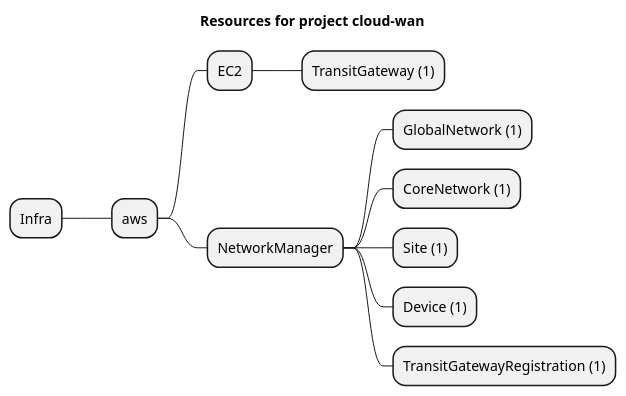
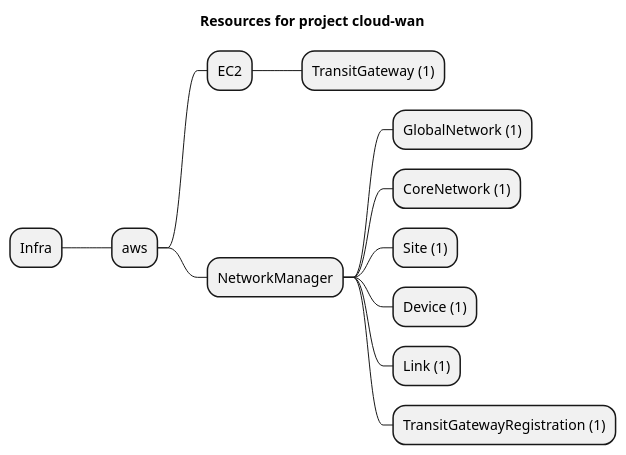
The diagram in examples/aws/NetworkManager/cloud-wan/artifacts/resources-mindmap.puml (grucloud/grucloud), drawn with PlantUML before and after one commit. The commit also changed 104 other files, not shown here.

```diff
--- a/examples/aws/NetworkManager/cloud-wan/artifacts/resources-mindmap.puml
+++ b/examples/aws/NetworkManager/cloud-wan/artifacts/resources-mindmap.puml
@@ -1,14 +1,15 @@
 @startmindmap
 title Resources for project cloud-wan
 skinparam monochrome true
 + Infra
 ++ aws
 +++ EC2
 ++++ TransitGateway (1)
 +++ NetworkManager
 ++++ GlobalNetwork (1)
 ++++ CoreNetwork (1)
 ++++ Site (1)
 ++++ Device (1)
+++++ Link (1)
 ++++ TransitGatewayRegistration (1)
 @endmindmap
```
